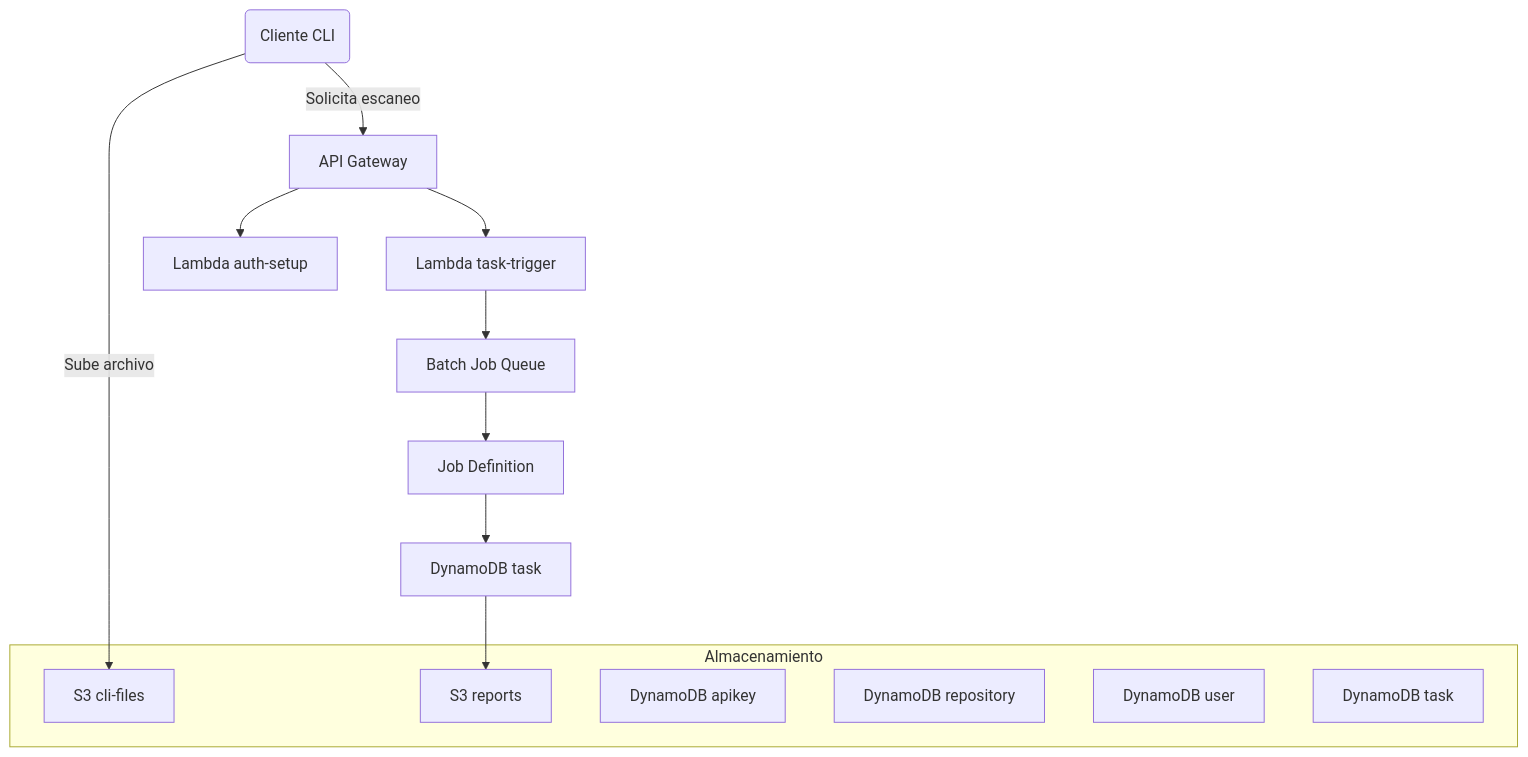
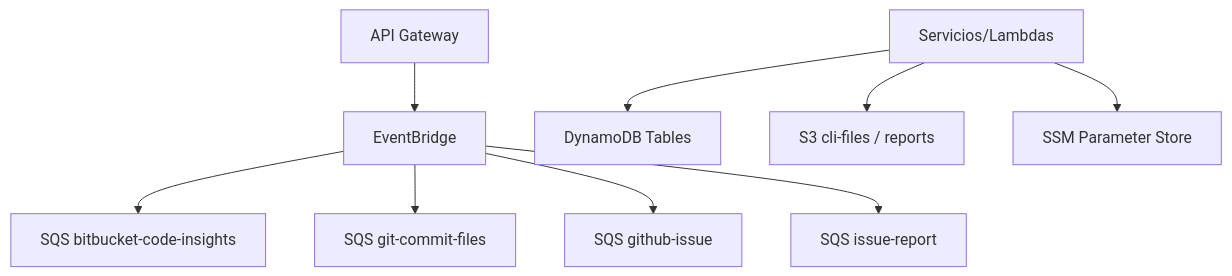
Before and after one commit to KaribuLab/titvo-security-scan-infra-aws: the diagram in README.md, drawn with Mermaid. The commit also changed other lines of this file and 62 other files, not shown here.

````diff
--- a/README.md
+++ b/README.md
@@ -47,19 +31,11 @@
 ```mermaid
 flowchart TD
-    CLI(Cliente CLI) -->|Sube archivo| S3_CLI[S3 cli-files]
-    CLI -->|Solicita escaneo| API[API Gateway]
-    API --> LambdaAuth[Lambda auth-setup]
-    API --> LambdaTrigger[Lambda task-trigger]
-    LambdaTrigger --> BatchQueue[Batch Job Queue]
-    BatchQueue --> BatchJob[Job Definition]
-    BatchJob --> RepoScan[DynamoDB task]
-    RepoScan --> S3Reports[S3 reports]
-    subgraph Almacenamiento
-        DynamoAPI[DynamoDB apikey]
-        DynamoRepo[DynamoDB repository]
-        DynamoUser[DynamoDB user]
-        DynamoTask[DynamoDB task]
-        S3_CLI
-        S3Reports
-    end
+    API[API Gateway] --> EV[EventBridge]
+    EV --> SQS1[SQS bitbucket-code-insights]
+    EV --> SQS2[SQS git-commit-files]
+    EV --> SQS3[SQS github-issue]
+    EV --> SQS4[SQS issue-report]
+    APP[Servicios/Lambdas] --> DDB[DynamoDB Tables]
+    APP --> S3[S3 cli-files / reports]
+    APP --> SSM[SSM Parameter Store]
 ```
````
